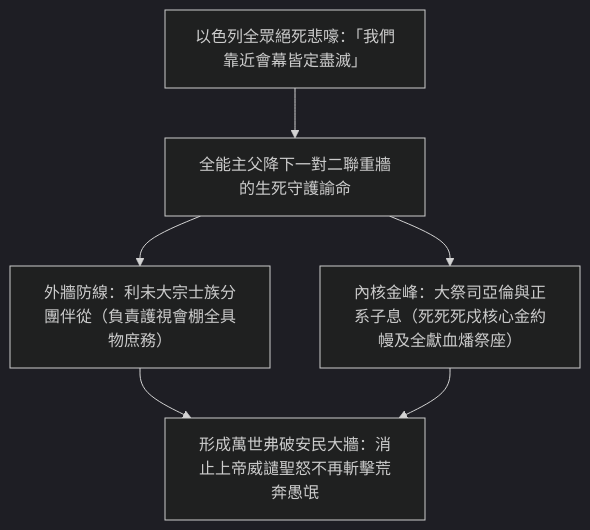
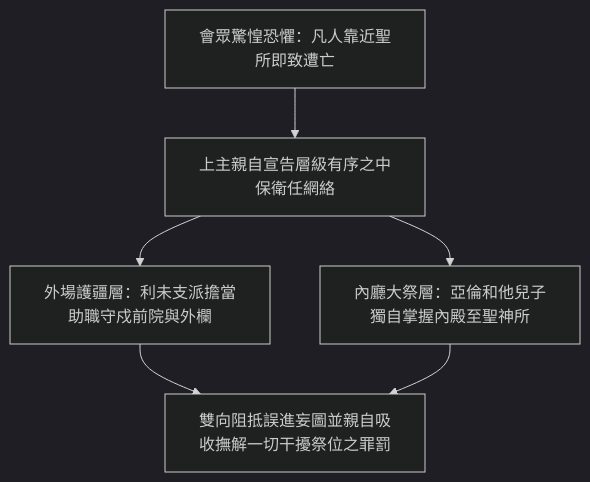
The first of 4 diagrams in content/04 民數記/第18章.md (andyjr5566/Bible_wiki_zh_website), drawn with Mermaid (dark theme) before and after one commit. The commit also changed other lines of this file and 471 other files, not shown here.

````diff
--- a/content/04 民數記/第18章.md
+++ b/content/04 民數記/第18章.md
@@ -67,7 +71,7 @@
 ```mermaid
 flowchart TD
-    A["以色列全眾絕死悲嚎：「我們靠近會幕皆定盡滅」"] --> B["全能主父降下一對二聯重牆的生死守護諭命"]
-    B --> C["外牆防線：利未大宗士族分團伴從（負責護視會棚全具物庶務）"]
-    B --> D["內核金峰：大祭司亞倫與正系子息（死死死戍核心金約幔及全獻血燔祭座）"]
-    C & D --> E["形成萬世弗破安民大牆：消止上帝威譴聖怒不再斬擊荒奔愚氓"]
+    A["會眾驚惶恐懼：凡人靠近聖所即致遭亡"] --> B["上主親自宣告層級有序之中保衛任網絡"]
+    B --> C["外場護疆層：利未支派擔當助職守戍前院與外欄"]
+    B --> D["內廳大祭層：亞倫和他兒子獨自掌握內殿至聖神所"]
+    C & D --> E["雙向阻抵誤進妄圖並親自吸收撫解一切干擾祭位之罪罰"]
 ```
````
